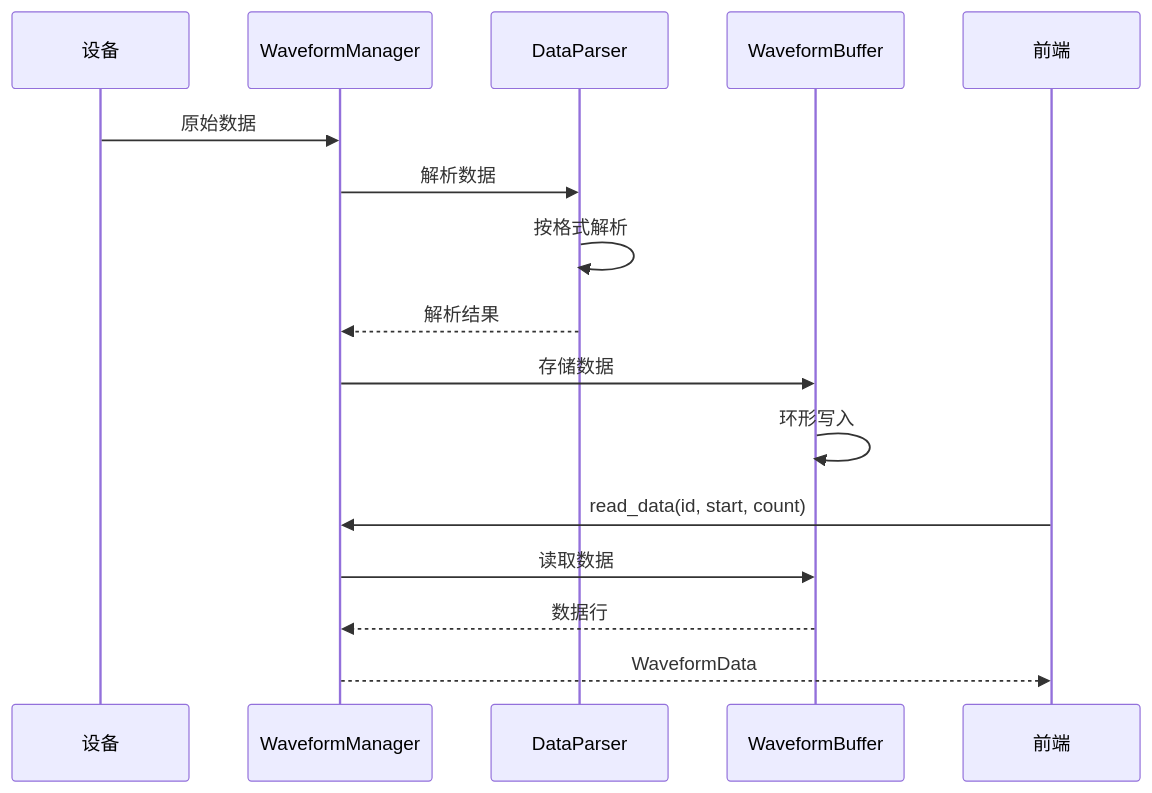
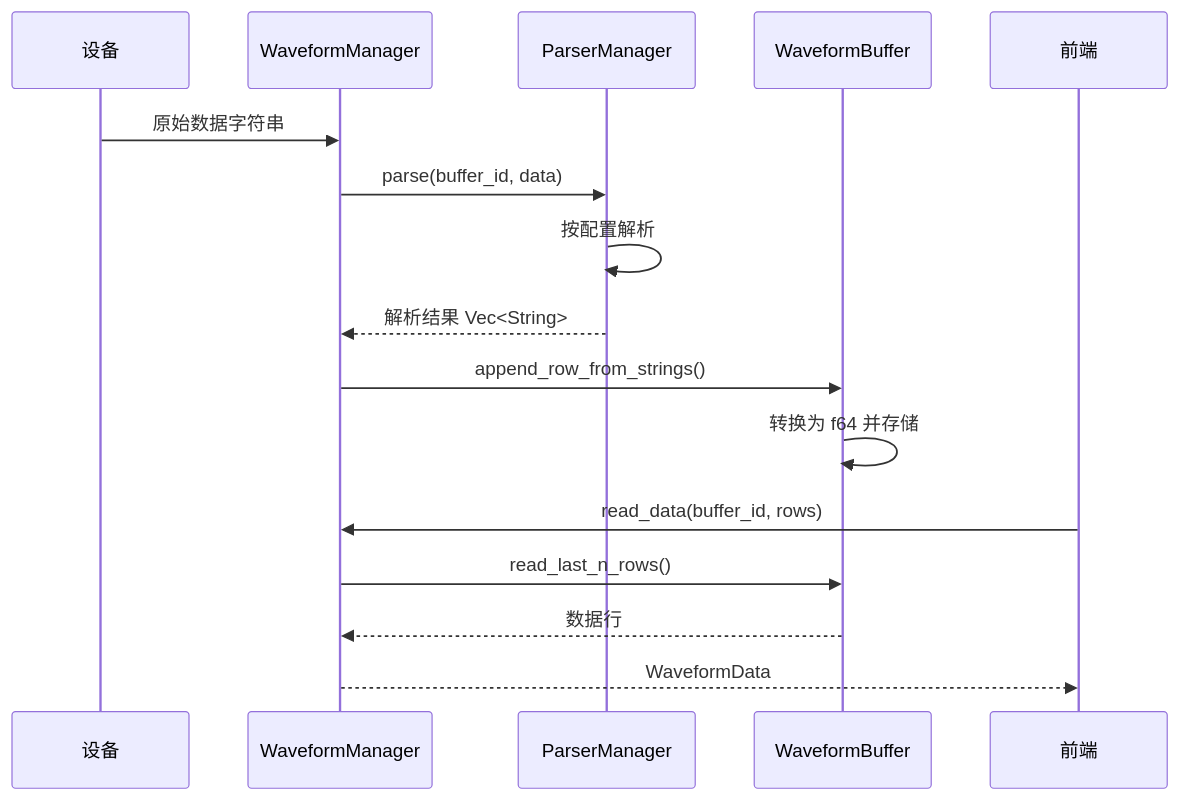
Before and after one commit to XiaoPb/combridge: the second of 2 diagrams in docs/architecture/backend/waveform-module.md, drawn with Mermaid. The commit also changed other lines of this file and 2 other files, not shown here.

````diff
--- a/docs/architecture/backend/waveform-module.md
+++ b/docs/architecture/backend/waveform-module.md
@@ -190,20 +255,20 @@
 ```mermaid
 sequenceDiagram
     participant Device as 设备
     participant WM as WaveformManager
-    participant DP as DataParser
+    participant PM as ParserManager
     participant WB as WaveformBuffer
     participant UI as 前端
     
-    Device->>WM: 原始数据
-    WM->>DP: 解析数据
-    DP->>DP: 按格式解析
-    DP-->>WM: 解析结果
-    WM->>WB: 存储数据
-    WB->>WB: 环形写入
+    Device->>WM: 原始数据字符串
+    WM->>PM: parse(buffer_id, data)
+    PM->>PM: 按配置解析
+    PM-->>WM: 解析结果 Vec<String>
+    WM->>WB: append_row_from_strings()
+    WB->>WB: 转换为 f64 并存储
     
-    UI->>WM: read_data(id, start, count)
-    WM->>WB: 读取数据
+    UI->>WM: read_data(buffer_id, rows)
+    WM->>WB: read_last_n_rows()
     WB-->>WM: 数据行
     WM-->>UI: WaveformData
 ```
````
